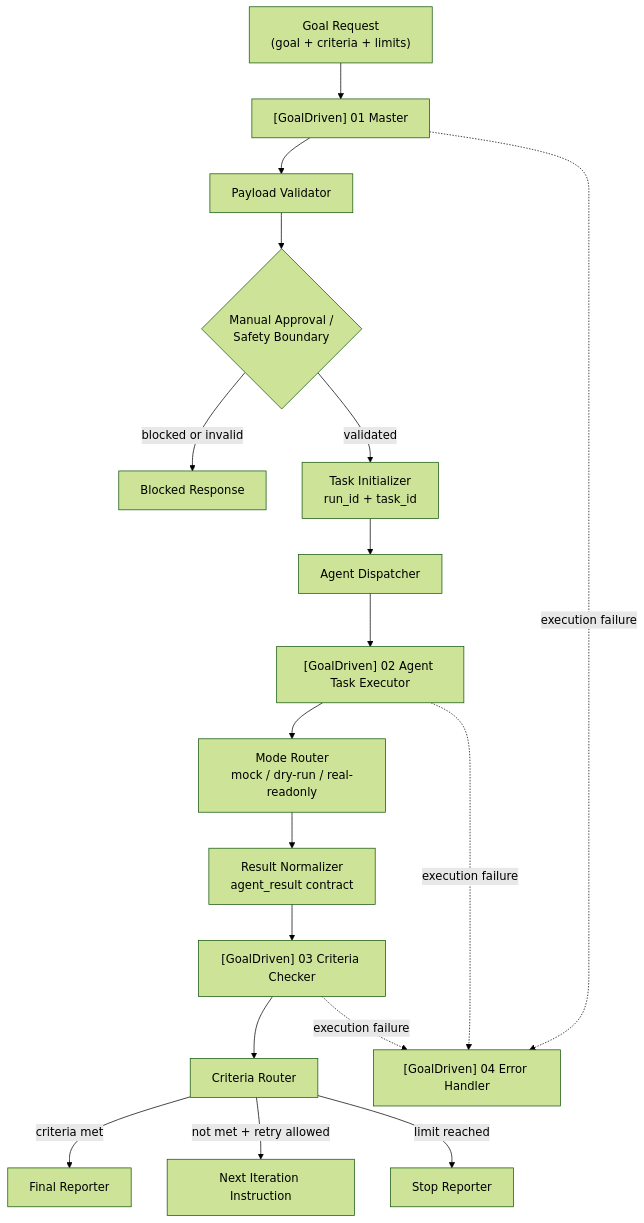
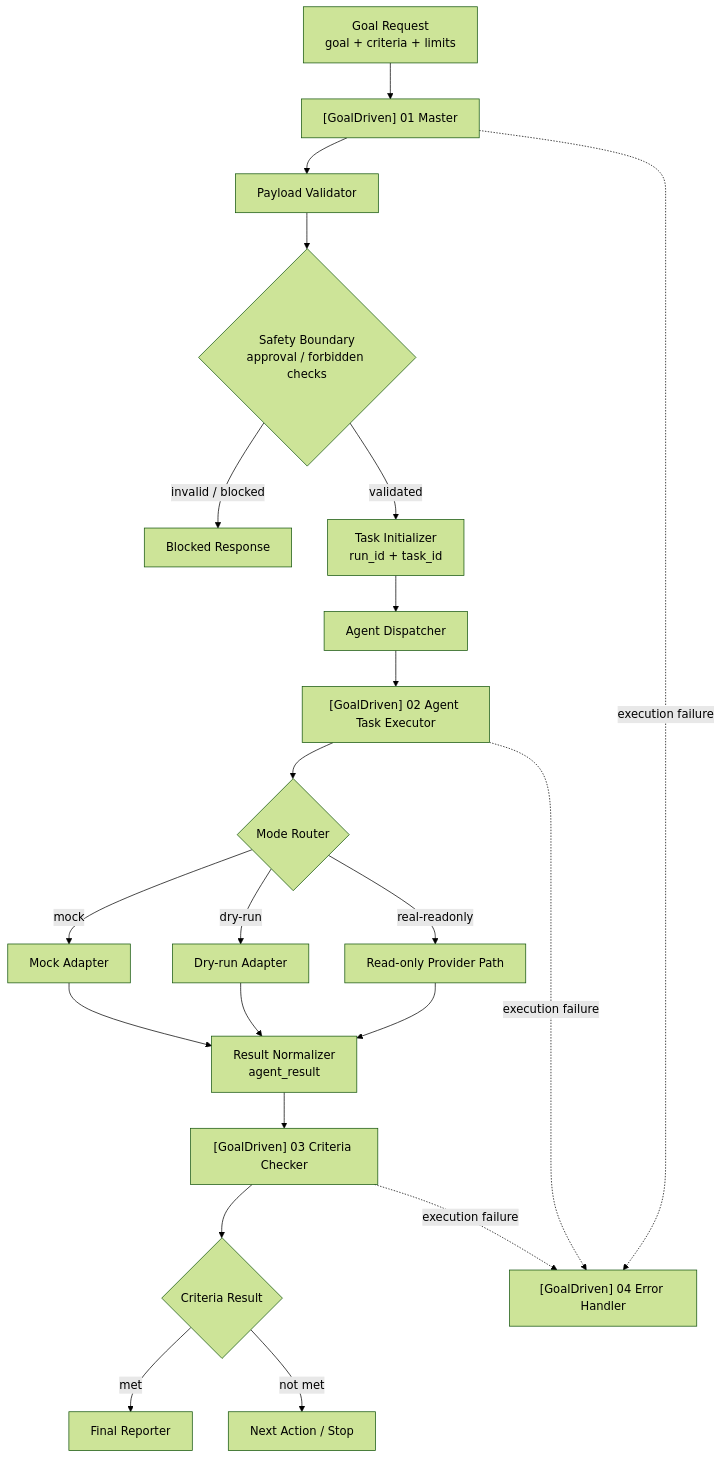
Before and after one commit to fangwendongcs/Auto-agent-factory: the diagram in README.md, drawn with Mermaid (forest theme). The commit also changed other lines of this file and 9 other files, not shown here.

````diff
--- a/README.md
+++ b/README.md
@@ -117,20 +102,24 @@
 ```mermaid
 flowchart TD
-    A["Goal Request\n(goal + criteria + limits)"] --> B["[GoalDriven] 01 Master"]
+    A["Goal Request\ngoal + criteria + limits"] --> B["[GoalDriven] 01 Master"]
     B --> C["Payload Validator"]
-    C --> D{"Manual Approval /\nSafety Boundary"}
-    D -->|blocked or invalid| R1["Blocked Response"]
+    C --> D{"Safety Boundary\napproval / forbidden checks"}
+    D -->|invalid / blocked| R["Blocked Response"]
     D -->|validated| E["Task Initializer\nrun_id + task_id"]
     E --> F["Agent Dispatcher"]
     F --> G["[GoalDriven] 02 Agent Task Executor"]
-    G --> H["Mode Router\nmock / dry-run / real-readonly"]
-    H --> I["Result Normalizer\nagent_result contract"]
+    G --> H{"Mode Router"}
+    H -->|mock| H1["Mock Adapter"]
+    H -->|dry-run| H2["Dry-run Adapter"]
+    H -->|real-readonly| H3["Read-only Provider Path"]
+    H1 --> I["Result Normalizer\nagent_result"]
+    H2 --> I
+    H3 --> I
     I --> J["[GoalDriven] 03 Criteria Checker"]
-    J --> K["Criteria Router"]
-    K -->|criteria met| L["Final Reporter"]
-    K -->|not met + retry allowed| M["Next Iteration Instruction"]
-    K -->|limit reached| N["Stop Reporter"]
+    J --> K{"Criteria Result"}
+    K -->|met| L["Final Reporter"]
+    K -->|not met| M["Next Action / Stop"]
     B -. execution failure .-> O["[GoalDriven] 04 Error Handler"]
     G -. execution failure .-> O
     J -. execution failure .-> O
 ```
````
